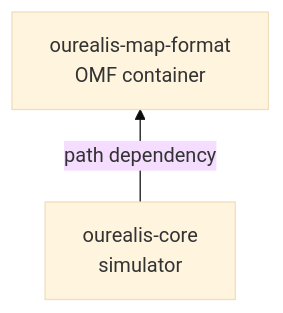
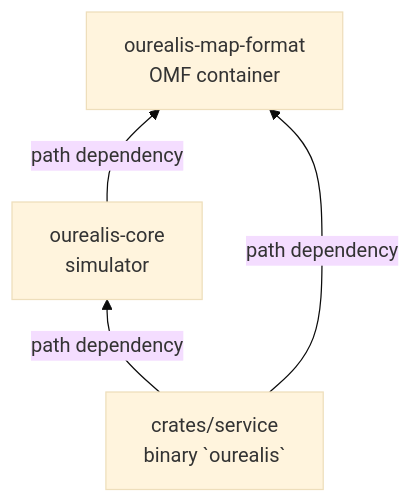
One commit to zrurf/ourealis changed the first of 3 diagrams in docs/en/architecture.md. Above: the diagram before and after it, drawn with Mermaid (base theme). The commit also changed other lines of this file and 148 other files, not shown here.

````diff
--- a/docs/en/architecture.md
+++ b/docs/en/architecture.md
@@ -5,4 +5,6 @@
 ```mermaid
 flowchart BT
     CORE["ourealis-core<br/>simulator"] -->|path dependency| FMT["ourealis-map-format<br/>OMF container"]
+    SVC["crates/service<br/>binary `ourealis`"] -->|path dependency| CORE
+    SVC -->|path dependency| FMT
 ```
````
